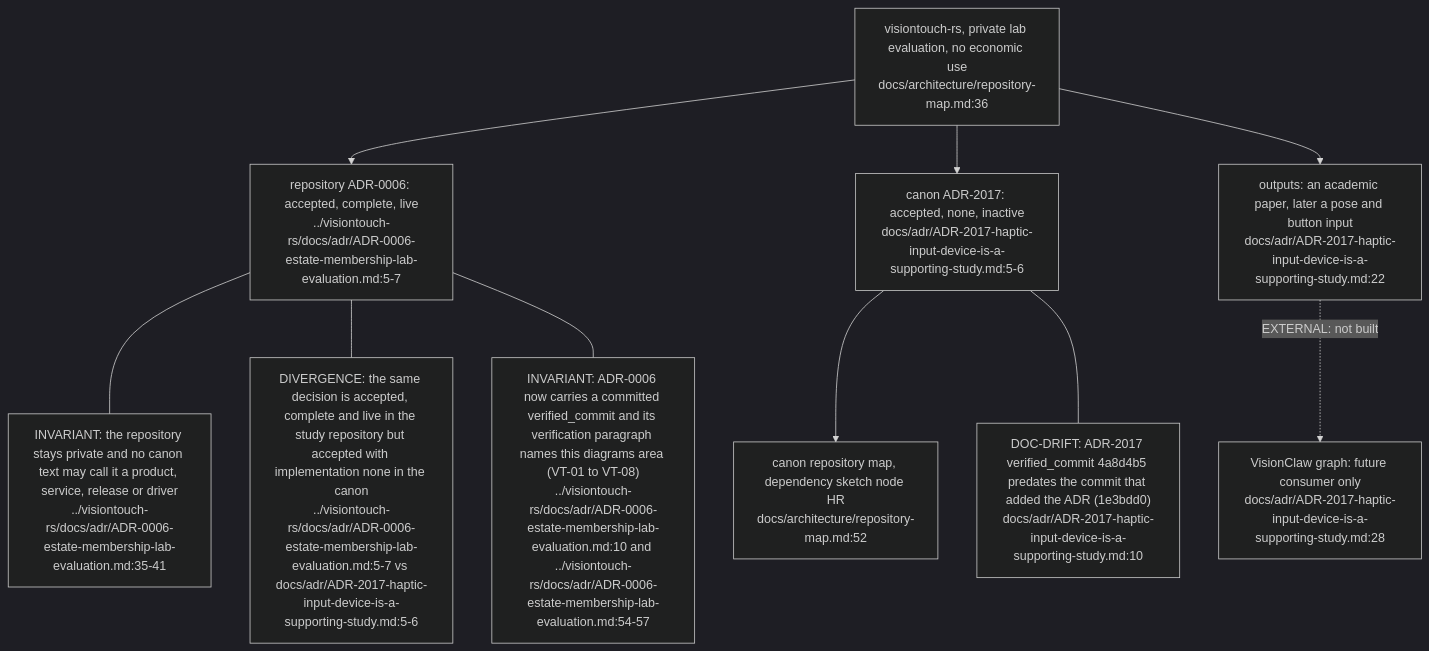
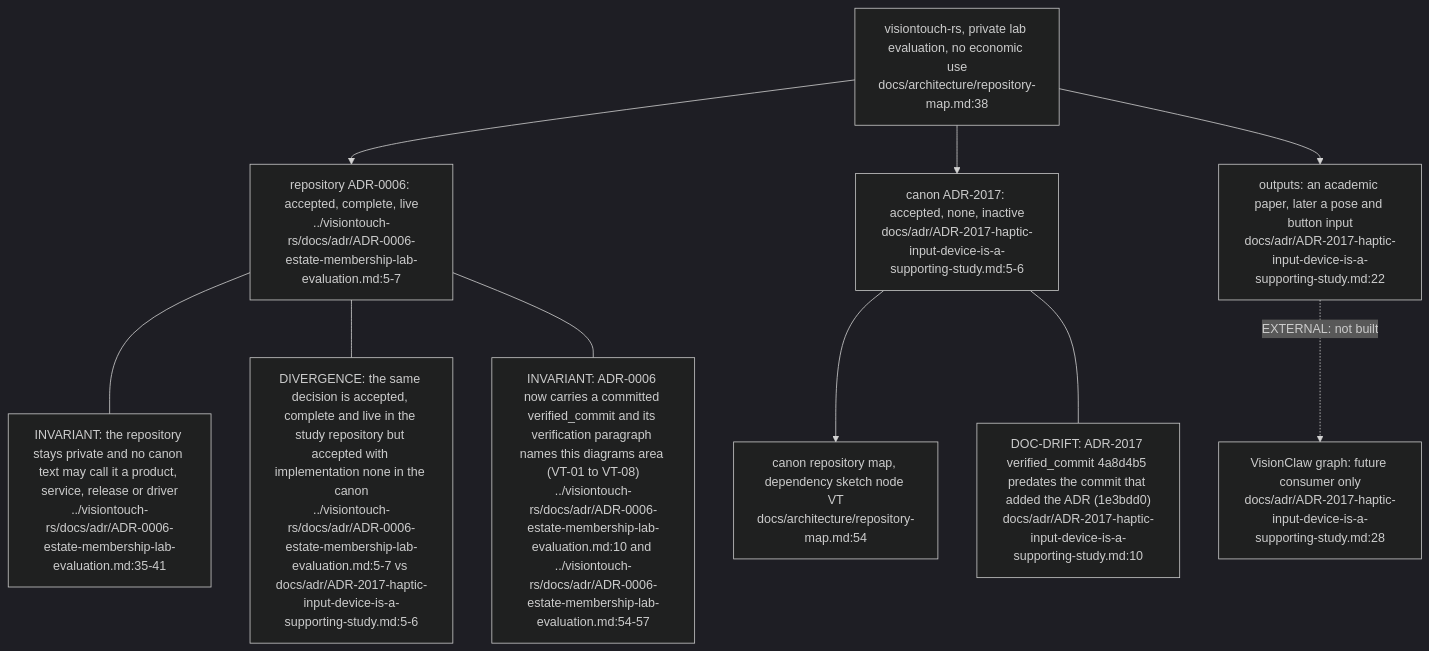
One commit to DreamLab-AI/VisionFlow changed the first of 4 diagrams in docs/diagrams/visiontouch-rs/07-estate-position-and-future-visionclaw-grab-path.md. Above: the diagram before and after it, drawn with Mermaid (dark theme). The commit also changed other lines of this file and 160 other files, not shown here.

````diff
--- a/docs/diagrams/visiontouch-rs/07-estate-position-and-future-visionclaw-grab-path.md
+++ b/docs/diagrams/visiontouch-rs/07-estate-position-and-future-visionclaw-grab-path.md
@@ -35,22 +35,22 @@
 ```mermaid
 flowchart TB
-    HR["visiontouch-rs, private lab evaluation, no economic use<br/>docs/architecture/repository-map.md:36"]
+    HR["visiontouch-rs, private lab evaluation, no economic use<br/>docs/architecture/repository-map.md:38"]
     A6["repository ADR-0006: accepted, complete, live<br/>../visiontouch-rs/docs/adr/ADR-0006-estate-membership-lab-evaluation.md:5-7"]
     A17["canon ADR-2017: accepted, none, inactive<br/>docs/adr/ADR-2017-haptic-input-device-is-a-supporting-study.md:5-6"]
-    MAP["canon repository map, dependency sketch node HR<br/>docs/architecture/repository-map.md:52"]
+    MAP["canon repository map, dependency sketch node VT<br/>docs/architecture/repository-map.md:54"]
     VC["VisionClaw graph: future consumer only<br/>docs/adr/ADR-2017-haptic-input-device-is-a-supporting-study.md:28"]
     OUT["outputs: an academic paper, later a pose and button input<br/>docs/adr/ADR-2017-haptic-input-device-is-a-supporting-study.md:22"]
     HR --> A6
     HR --> A17
     A17 --> MAP
     HR --> OUT
     OUT -. "EXTERNAL: not built" .-> VC
     N1["INVARIANT: the repository stays private and no canon text may call it a product, service, release or driver<br/>../visiontouch-rs/docs/adr/ADR-0006-estate-membership-lab-evaluation.md:35-41"]
     N2["DIVERGENCE: the same decision is accepted, complete and live in the study repository but accepted with implementation none in the canon<br/>../visiontouch-rs/docs/adr/ADR-0006-estate-membership-lab-evaluation.md:5-7 vs docs/adr/ADR-2017-haptic-input-device-is-a-supporting-study.md:5-6"]
     N3["DOC-DRIFT: ADR-2017 verified_commit 4a8d4b5 predates the commit that added the ADR (1e3bdd0)<br/>docs/adr/ADR-2017-haptic-input-device-is-a-supporting-study.md:10"]
     N4["INVARIANT: ADR-0006 now carries a committed verified_commit and its verification paragraph names this diagrams area (VT-01 to VT-08)<br/>../visiontouch-rs/docs/adr/ADR-0006-estate-membership-lab-evaluation.md:10 and ../visiontouch-rs/docs/adr/ADR-0006-estate-membership-lab-evaluation.md:54-57"]
     A6 --- N1
     A6 --- N2
     A17 --- N3
     A6 --- N4
 ```
````
